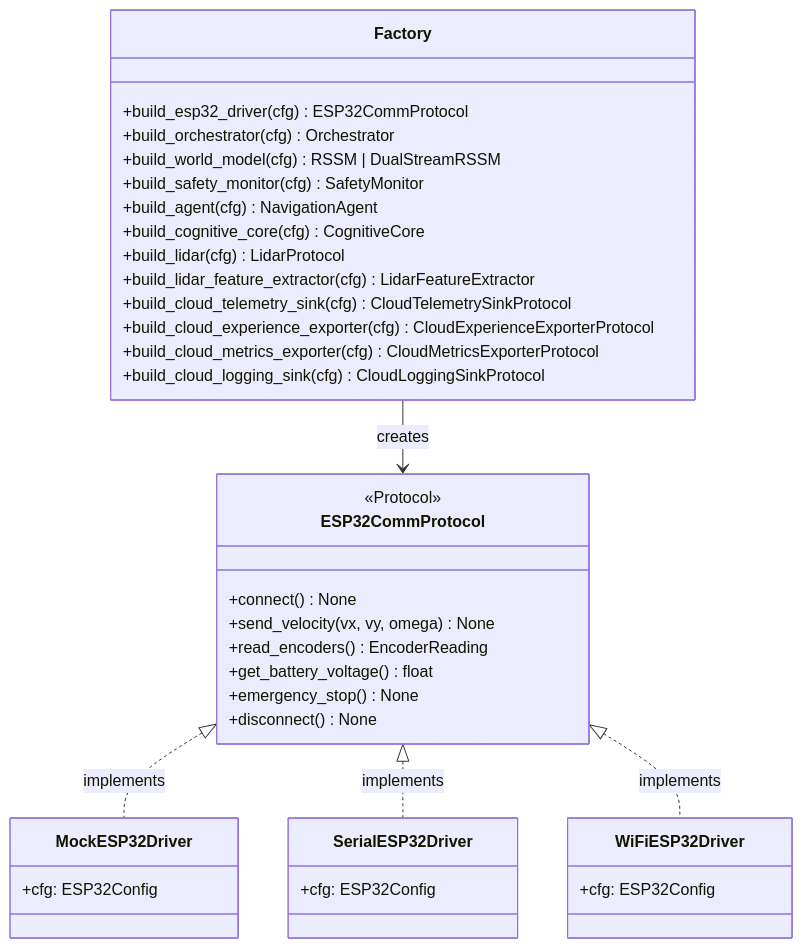
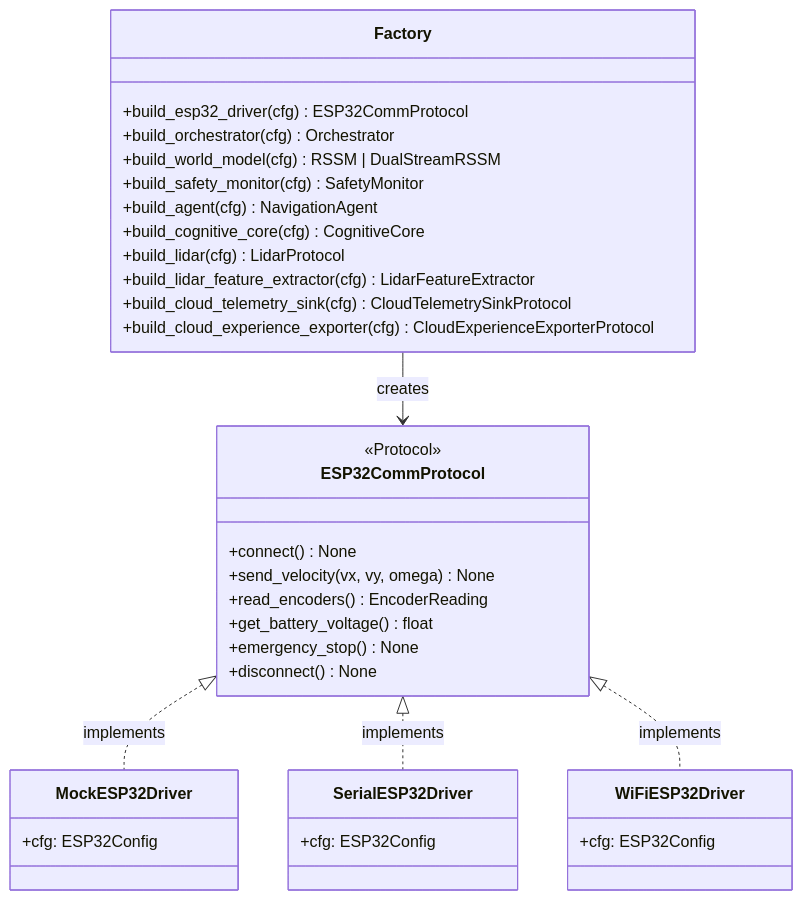
Before and after one commit to ianshank/Mouse-Droid-AGI: diagram 13 of 21 in docs/architecture.md, drawn with Mermaid. The commit also changed other lines of this file and 78 other files, not shown here.

````diff
--- a/docs/architecture.md
+++ b/docs/architecture.md
@@ -755,40 +763,38 @@
 ```mermaid
 classDiagram
     class ESP32CommProtocol {
         <<Protocol>>
         +connect() None
         +send_velocity(vx, vy, omega) None
         +read_encoders() EncoderReading
         +get_battery_voltage() float
         +emergency_stop() None
         +disconnect() None
     }
     class MockESP32Driver {
         +cfg: ESP32Config
     }
     class SerialESP32Driver {
         +cfg: ESP32Config
     }
     class WiFiESP32Driver {
         +cfg: ESP32Config
     }
     class Factory {
         +build_esp32_driver(cfg) ESP32CommProtocol
         +build_orchestrator(cfg) Orchestrator
         +build_world_model(cfg) RSSM | DualStreamRSSM
         +build_safety_monitor(cfg) SafetyMonitor
         +build_agent(cfg) NavigationAgent
         +build_cognitive_core(cfg) CognitiveCore
         +build_lidar(cfg) LidarProtocol
         +build_lidar_feature_extractor(cfg) LidarFeatureExtractor
         +build_cloud_telemetry_sink(cfg) CloudTelemetrySinkProtocol
         +build_cloud_experience_exporter(cfg) CloudExperienceExporterProtocol
-        +build_cloud_metrics_exporter(cfg) CloudMetricsExporterProtocol
-        +build_cloud_logging_sink(cfg) CloudLoggingSinkProtocol
     }
 
     ESP32CommProtocol <|.. MockESP32Driver : implements
     ESP32CommProtocol <|.. SerialESP32Driver : implements
     ESP32CommProtocol <|.. WiFiESP32Driver : implements
     Factory --> ESP32CommProtocol : creates
 ```
````
